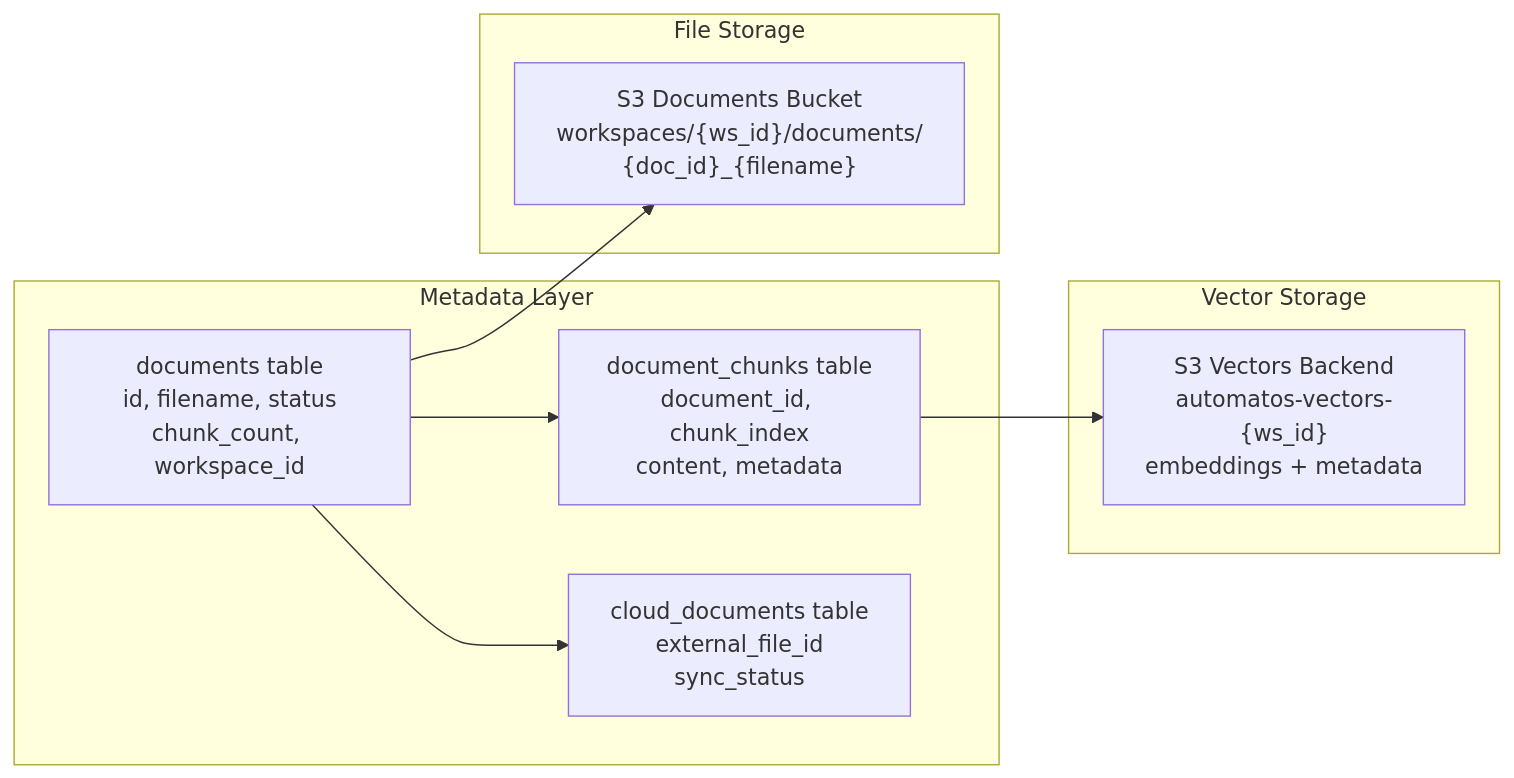
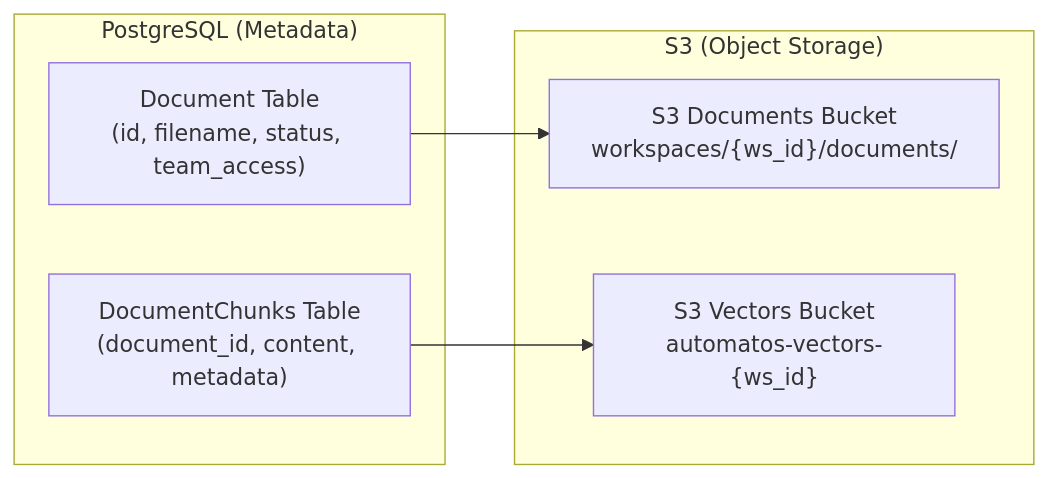
Before and after one commit to AutomatosAI/automatos-ai: the fourth of 4 diagrams in docs/knowledge-base-rag/document-management.md, drawn with Mermaid. The commit also changed other lines of this file and 149 other files, not shown here.

Commit message:
docs: refresh documentation with graphify semantic scan

````diff
--- a/docs/knowledge-base-rag/document-management.md
+++ b/docs/knowledge-base-rag/document-management.md
@@ -173,21 +173,15 @@
 ```mermaid
 graph LR
-    subgraph "Metadata Layer"
-        Documents["documents table<br/>id, filename, status<br/>chunk_count, workspace_id"]
-        DocumentChunks["document_chunks table<br/>document_id, chunk_index<br/>content, metadata"]
-        CloudDocuments["cloud_documents table<br/>external_file_id<br/>sync_status"]
+    subgraph "PostgreSQL (Metadata)"
+        DOC["Document Table<br/>(id, filename, status, team_access)"]
+        CHUNKS["DocumentChunks Table<br/>(document_id, content, metadata)"]
     end
     
-    subgraph "File Storage"
-        S3Docs["S3 Documents Bucket<br/>workspaces/{ws_id}/documents/<br/>{doc_id}_{filename}"]
+    subgraph "S3 (Object Storage)"
+        S3DOCS["S3 Documents Bucket<br/>workspaces/{ws_id}/documents/"]
+        S3VECTORS["S3 Vectors Bucket<br/>automatos-vectors-{ws_id}"]
     end
     
-    subgraph "Vector Storage"
-        S3Vectors["S3 Vectors Backend<br/>automatos-vectors-{ws_id}<br/>embeddings + metadata"]
-    end
-    
-    Documents-->DocumentChunks
-    Documents-->CloudDocuments
-    Documents-->S3Docs
-    DocumentChunks-->S3Vectors
+    DOC --> S3DOCS
+    CHUNKS --> S3VECTORS
 ```
````
